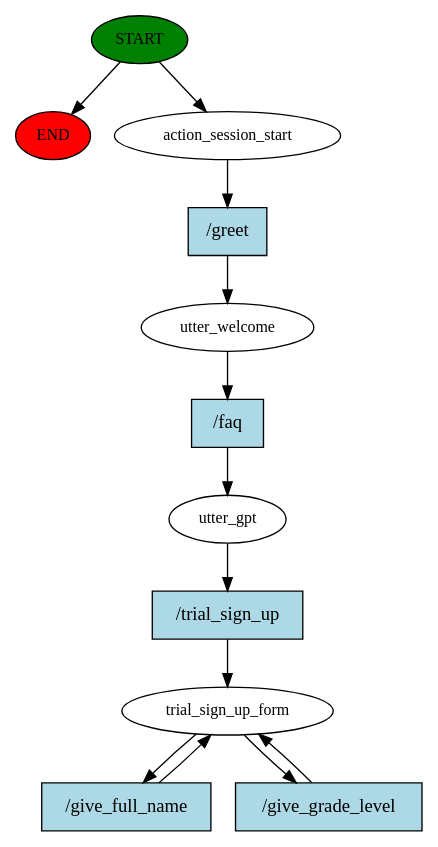
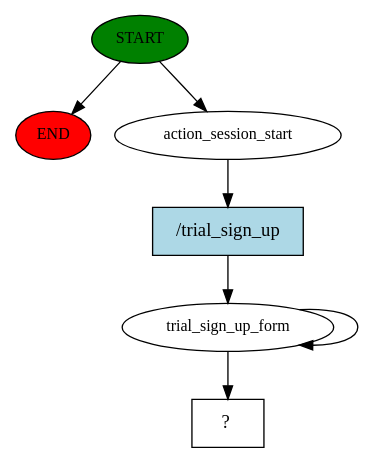
Before and after one commit to Gigit-AI-Corporation/rasa: the diagram in story_graph.dot, drawn with Graphviz. The commit also changed 1 other file, not shown here.

```diff
--- a/story_graph.dot
+++ b/story_graph.dot
@@ -1,25 +1,14 @@
 digraph  {
 0 [class="start active", fillcolor=green, fontsize=12, label=START, style=filled];
 "-1" [class=end, fillcolor=red, fontsize=12, label=END, style=filled];
 1 [class=active, fontsize=12, label=action_session_start];
-2 [class=active, fontsize=12, label=utter_welcome];
-3 [class=active, fontsize=12, label=utter_gpt];
-4 [class="active dashed", fontsize=12, label=trial_sign_up_form];
-7 [class="intent active", fillcolor=lightblue, label="/greet", shape=rect, style=filled];
-8 [class="intent active", fillcolor=lightblue, label="/faq", shape=rect, style=filled];
-9 [class="intent active", fillcolor=lightblue, label="/trial_sign_up", shape=rect, style=filled];
-10 [class="intent active", fillcolor=lightblue, label="/give_full_name", shape=rect, style=filled];
-11 [class="intent active", fillcolor=lightblue, label="/give_grade_level", shape=rect, style=filled];
+2 [class=active, fontsize=12, label=trial_sign_up_form];
+7 [class="intent dashed active", label="  ?  ", shape=rect];
+8 [class="intent active", fillcolor=lightblue, label="/trial_sign_up", shape=rect, style=filled];
 0 -> "-1"  [class="", key=NONE, label=""];
 0 -> 1  [class=active, key=NONE, label=""];
-1 -> 7  [class=active, key=0];
-2 -> 8  [class=active, key=0];
-3 -> 9  [class=active, key=0];
-4 -> 10  [class=active, key=0];
-4 -> 11  [class=active, key=0];
-7 -> 2  [class=active, key=0];
-8 -> 3  [class=active, key=0];
-9 -> 4  [class=active, key=0];
-10 -> 4  [class=active, key=0];
-11 -> 4  [class=active, key=0];
+1 -> 8  [class=active, key=0];
+2 -> 2  [class=active, key=NONE, label=""];
+2 -> 7  [class=active, key=NONE, label=""];
+8 -> 2  [class=active, key=0];
 }
```
